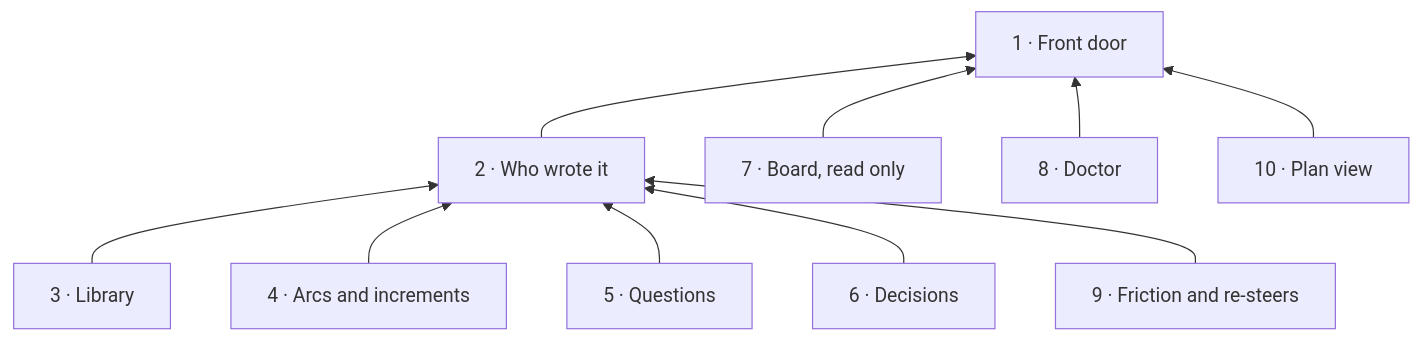
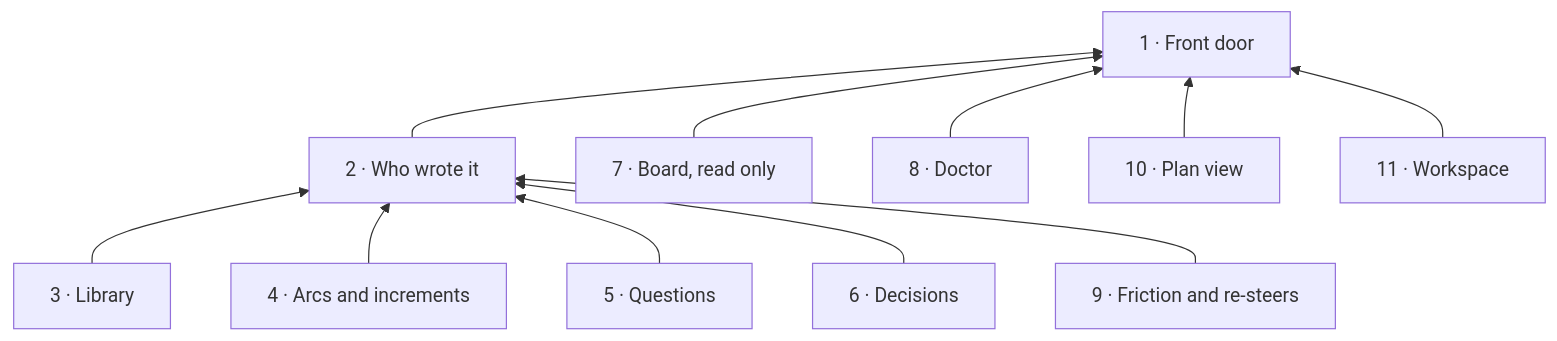
The diagram in stories/cli.md (storytree-ai/storytree), drawn with Mermaid before and after one commit. The commit also changed other lines of this file and 4 other files, not shown here.

````diff
--- a/stories/cli.md
+++ b/stories/cli.md
@@ -55,22 +56,24 @@
 ```mermaid
 flowchart BT
   F1["1 · Front door"]
   F2["2 · Who wrote it"]
   F3["3 · Library"]
   F4["4 · Arcs and increments"]
   F5["5 · Questions"]
   F6["6 · Decisions"]
   F7["7 · Board, read only"]
   F8["8 · Doctor"]
   F9["9 · Friction and re-steers"]
   F10["10 · Plan view"]
+  F11["11 · Workspace"]
   F2 --> F1
   F3 --> F2
   F4 --> F2
   F5 --> F2
   F6 --> F2
   F9 --> F2
   F7 --> F1
   F8 --> F1
   F10 --> F1
+  F11 --> F1
 ```
````
